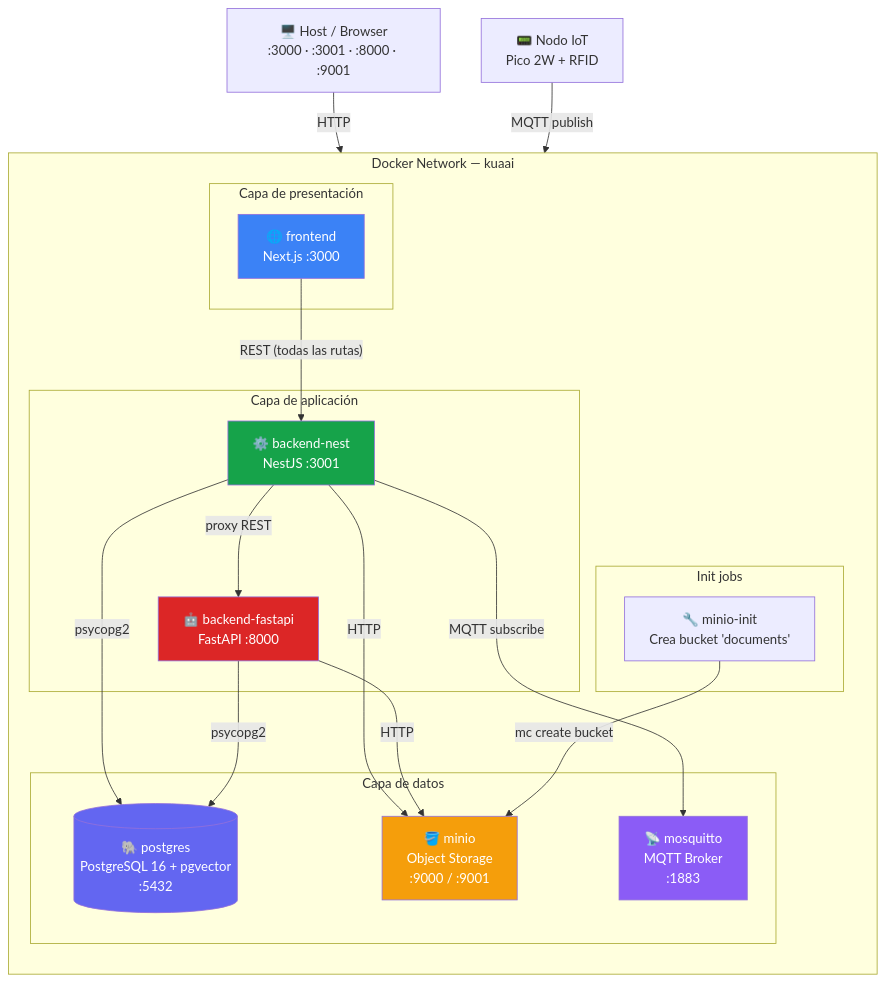
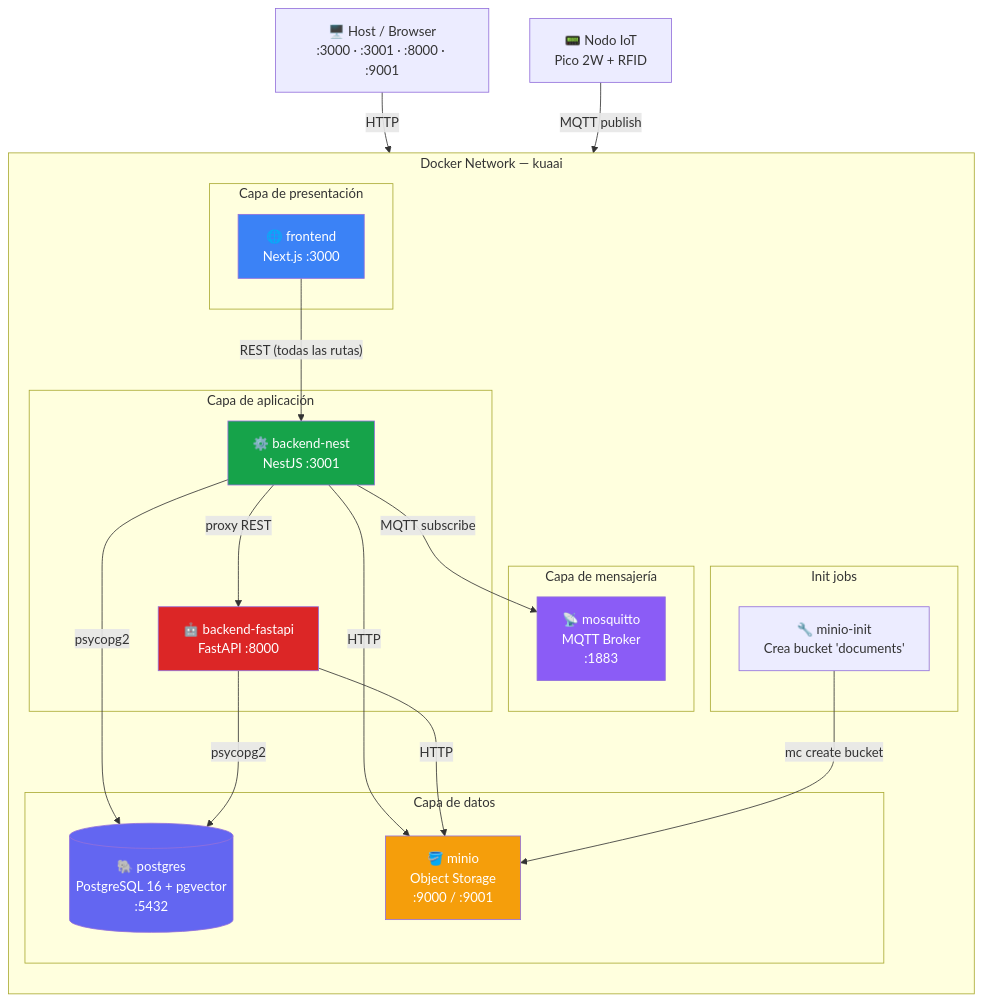
One commit to marianodr/kuaai-intelligent-hrms changed the third of 12 diagrams in ARCHITECTURE.md. Above: the diagram before and after it, drawn with Mermaid. The commit also changed other lines of this file and 1 other file, not shown here.

Commit message:
docs: mover Mosquitto a capa de mensajería en diagramas de arquitectura
Mosquitto es un message broker, no un almacén de datos. Se separa de
PostgreSQL y MinIO en una capa propia "Mensajería" en los tres diagramas
afectados: Nivel 2 (contenedores), overview y deployment Docker Compose.

````diff
--- a/ARCHITECTURE.md
+++ b/ARCHITECTURE.md
@@ -131,46 +134,49 @@
 ```mermaid
 graph TB
     subgraph "Docker Network — kuaai"
         direction TB
 
         subgraph "Capa de presentación"
             FE["🌐 frontend\nNext.js :3000"]
         end
 
         subgraph "Capa de aplicación"
             NEST["⚙️ backend-nest\nNestJS :3001"]
             FAPI["🤖 backend-fastapi\nFastAPI :8000"]
         end
 
+        subgraph "Capa de mensajería"
+            MQTT["📡 mosquitto\nMQTT Broker\n:1883"]
+        end
+
         subgraph "Capa de datos"
             PG[("🐘 postgres\nPostgreSQL 16 + pgvector\n:5432")]
             MINIO["🪣 minio\nObject Storage\n:9000 / :9001"]
-            MQTT["📡 mosquitto\nMQTT Broker\n:1883"]
         end
 
         subgraph "Init jobs"
             MINIO_INIT["🔧 minio-init\nCrea bucket 'documents'"]
         end
     end
 
     HOST["🖥️ Host / Browser\n:3000 · :3001 · :8000 · :9001"]
     IOT["📟 Nodo IoT\nPico 2W + RFID"]
 
     HOST -->|"HTTP"| FE
     FE -->|"REST (todas las rutas)"| NEST
     NEST -->|"proxy REST"| FAPI
     NEST -->|"psycopg2"| PG
     NEST -->|"HTTP"| MINIO
     NEST -->|"MQTT subscribe"| MQTT
     FAPI -->|"psycopg2"| PG
     FAPI -->|"HTTP"| MINIO
     IOT -->|"MQTT publish"| MQTT
     MINIO_INIT -->|"mc create bucket"| MINIO
 
     style FE fill:#3b82f6,color:#fff
     style NEST fill:#16a34a,color:#fff
     style FAPI fill:#dc2626,color:#fff
     style PG fill:#6366f1,color:#fff
     style MINIO fill:#f59e0b,color:#fff
     style MQTT fill:#8b5cf6,color:#fff
 ```
````
